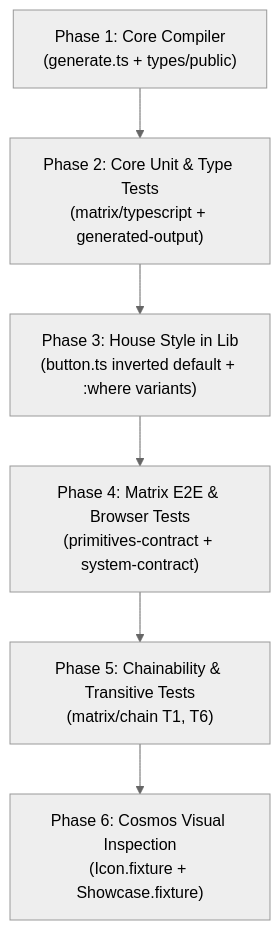
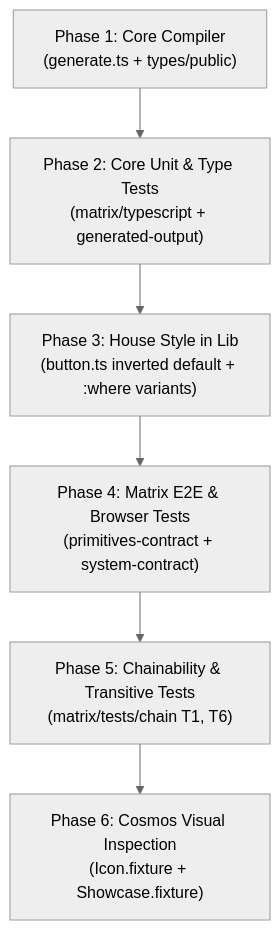
Before and after one commit to reference-ui/reference-ui: the diagram in docs/FEATURES/VARIANTS.md, drawn with Mermaid (neutral theme). The commit also changed other lines of this file and 25 other files, not shown here.

````diff
--- a/docs/FEATURES/VARIANTS.md
+++ b/docs/FEATURES/VARIANTS.md
@@ -295,8 +239,8 @@
 ```mermaid
 graph TD
     A["Phase 1: Core Compiler<br/>(generate.ts + types/public)"] --> B["Phase 2: Core Unit & Type Tests<br/>(matrix/typescript + generated-output)"]
     B --> C["Phase 3: House Style in Lib<br/>(button.ts inverted default + :where variants)"]
     C --> D["Phase 4: Matrix E2E & Browser Tests<br/>(primitives-contract + system-contract)"]
-    D --> E["Phase 5: Chainability & Transitive Tests<br/>(matrix/chain T1, T6)"]
+    D --> E["Phase 5: Chainability & Transitive Tests<br/>(matrix/tests/chain T1, T6)"]
     E --> F["Phase 6: Cosmos Visual Inspection<br/>(Icon.fixture + Showcase.fixture)"]
 ```
````
